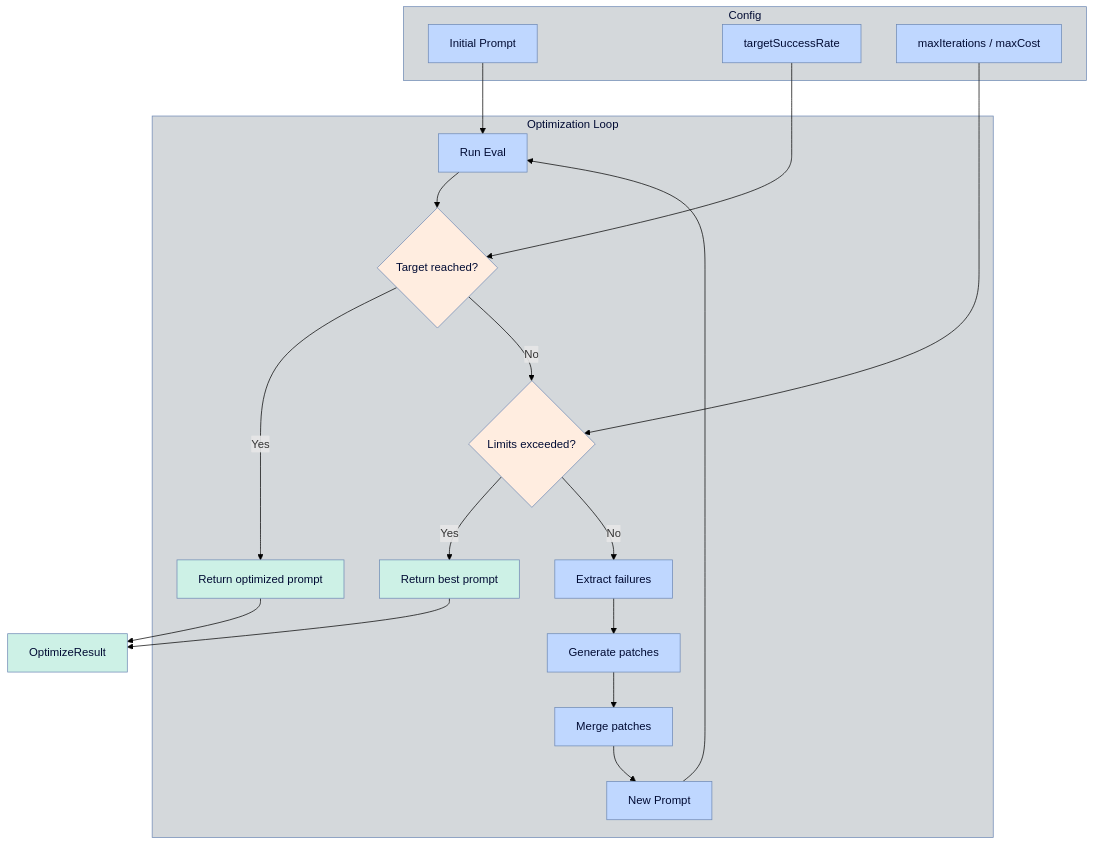
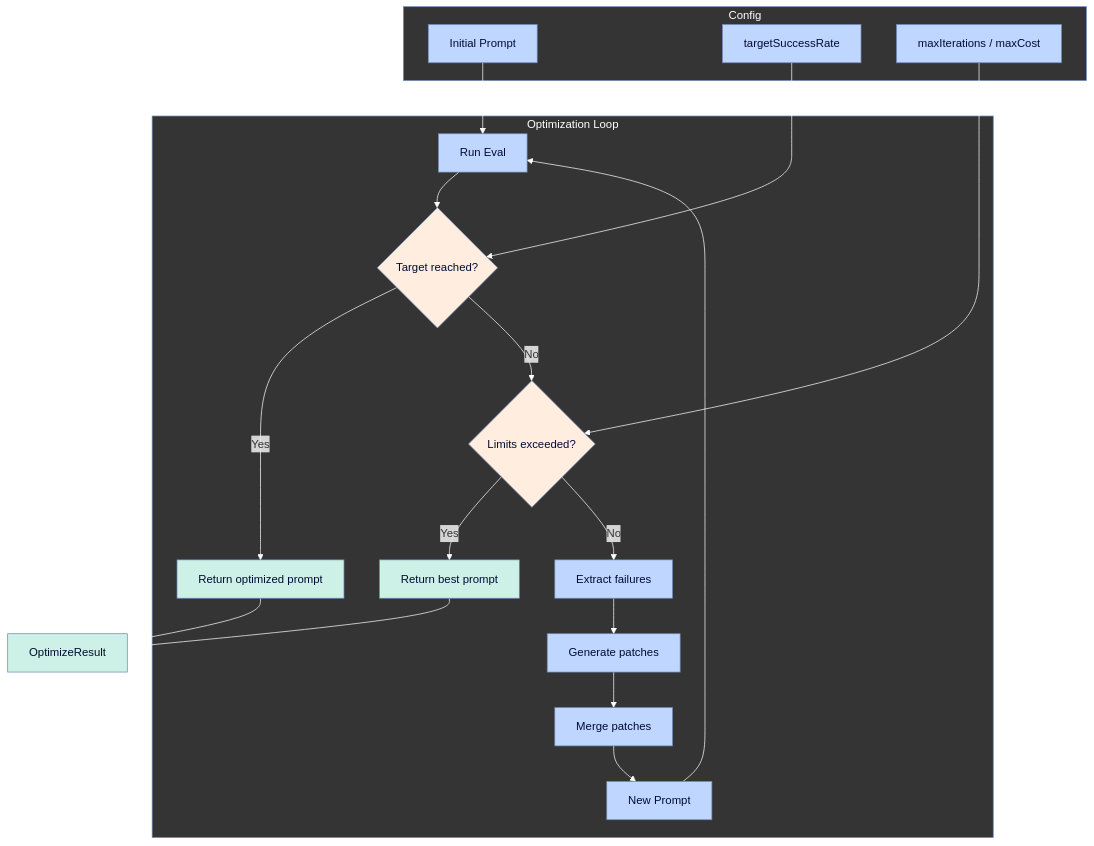
Before and after one commit to DocShield-Labs/didactic: the second of 2 diagrams in README.md, drawn with Mermaid. The commit also changed other lines of this file, not shown here.

````diff
--- a/README.md
+++ b/README.md
@@ -104,45 +104,45 @@
 ```mermaid
 flowchart TB
     subgraph Config ["Config"]
         IP[Initial Prompt]
         TARGET[targetSuccessRate]
         LIMITS[maxIterations / maxCost]
     end
 
     IP --> EVAL
 
     subgraph Loop ["Optimization Loop"]
         EVAL[Run Eval] --> CHECK{Target reached?}
         CHECK -->|Yes| SUCCESS[Return optimized prompt]
         CHECK -->|No| LIMIT{Limits exceeded?}
         LIMIT -->|Yes| BEST[Return best prompt]
         LIMIT -->|No| FAIL[Extract failures]
         FAIL --> PATCH[Generate patches]
         PATCH --> MERGE[Merge patches]
         MERGE --> UPDATE[New Prompt]
         UPDATE --> EVAL
     end
 
     TARGET --> CHECK
     LIMITS --> LIMIT
 
     SUCCESS --> OUT[OptimizeResult]
     BEST --> OUT
 
-    linkStyle default stroke:#000000
-    style Config fill:#D4D8DB,stroke:#6D88B4,color:#000B33
-    style Loop fill:#D4D8DB,stroke:#6D88B4,color:#000B33
+    linkStyle default stroke:#FFFFFF
+    style Config fill:#343434,stroke:#6D88B4,color:#FFFFFF
+    style Loop fill:#343434,stroke:#6D88B4,color:#FFFFFF
     style IP fill:#BFD7FF,stroke:#6D88B4,color:#000B33
     style TARGET fill:#BFD7FF,stroke:#6D88B4,color:#000B33
     style LIMITS fill:#BFD7FF,stroke:#6D88B4,color:#000B33
     style EVAL fill:#BFD7FF,stroke:#6D88B4,color:#000B33
     style FAIL fill:#BFD7FF,stroke:#6D88B4,color:#000B33
     style PATCH fill:#BFD7FF,stroke:#6D88B4,color:#000B33
     style MERGE fill:#BFD7FF,stroke:#6D88B4,color:#000B33
     style UPDATE fill:#BFD7FF,stroke:#6D88B4,color:#000B33
     style CHECK fill:#FFEDE0,stroke:#6D88B4,color:#000B33
     style LIMIT fill:#FFEDE0,stroke:#6D88B4,color:#000B33
     style SUCCESS fill:#CDF1E6,stroke:#6D88B4,color:#000B33
     style BEST fill:#CDF1E6,stroke:#6D88B4,color:#000B33
     style OUT fill:#CDF1E6,stroke:#6D88B4,color:#000B33
 ```
````
